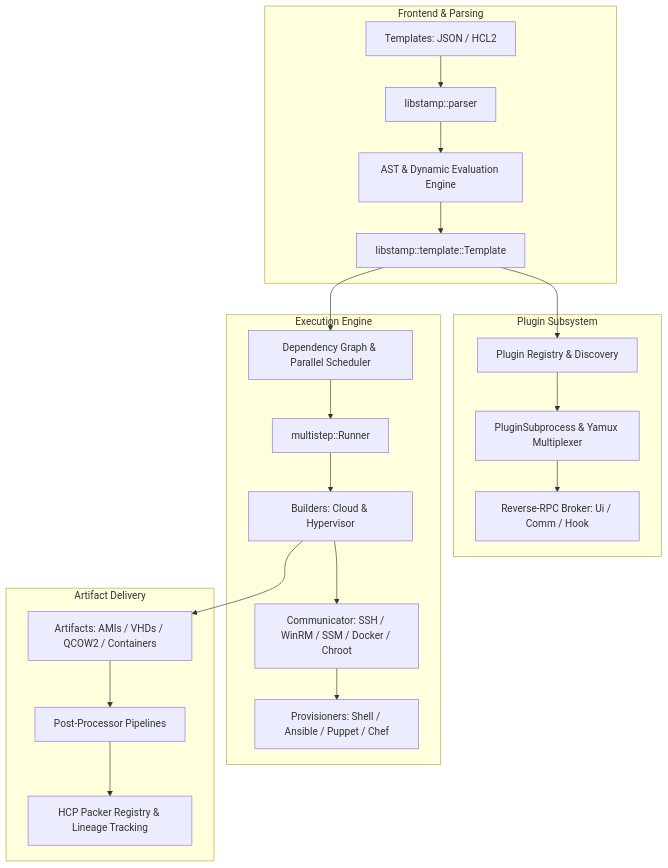
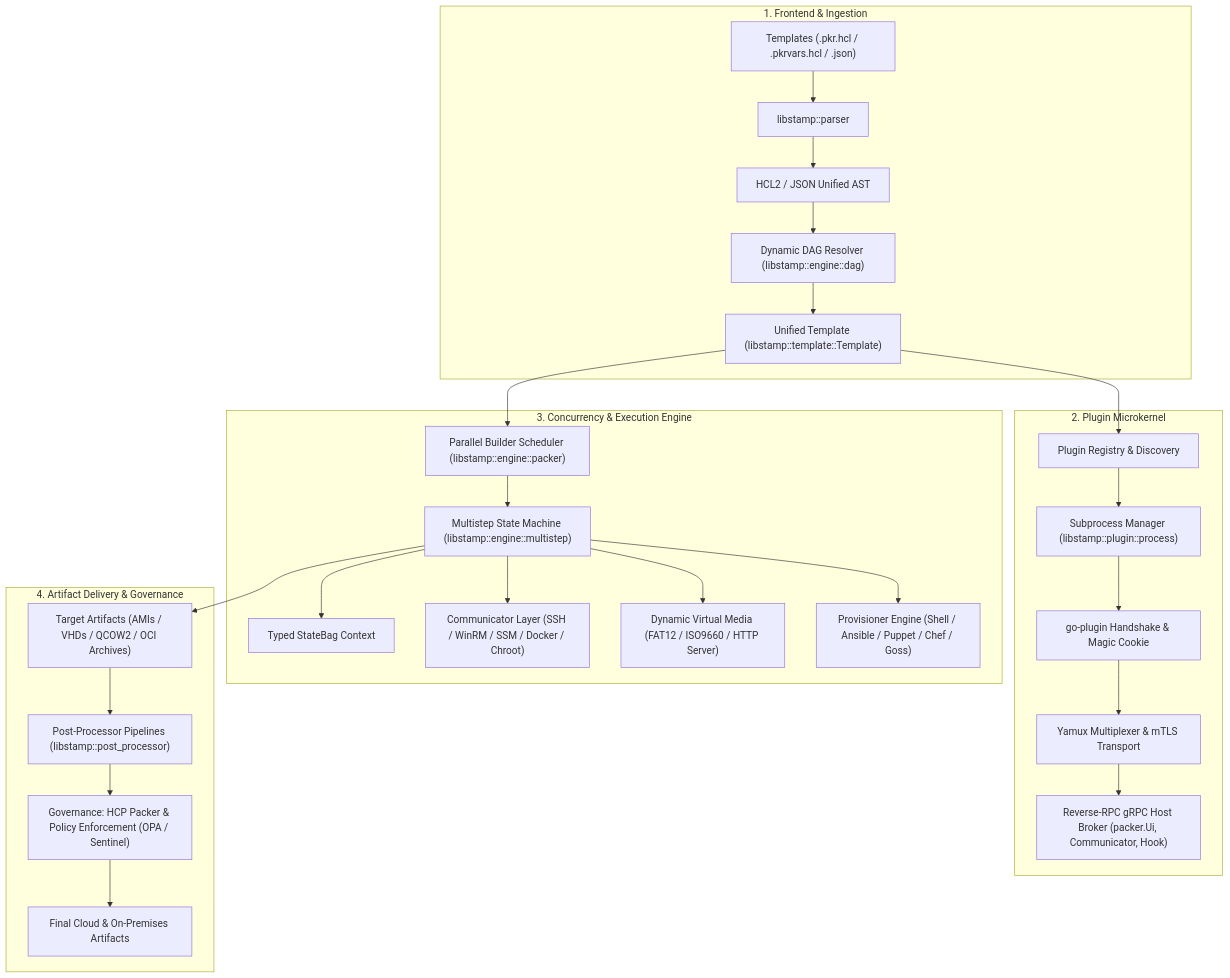
One commit to SamuelMarks/stamp changed the first of 8 diagrams in ARCHITECTURE.md. Above: the diagram before and after it, drawn with Mermaid. The commit also changed other lines of this file and 25 other files, not shown here.

````diff
--- a/ARCHITECTURE.md
+++ b/ARCHITECTURE.md
@@ -9,28 +48,33 @@
 ```mermaid
 graph TD
-    subgraph Frontend & Parsing
-        Input[Templates: JSON / HCL2] --> Parser[libstamp::parser]
-        Parser --> AST[AST & Dynamic Evaluation Engine]
-        AST --> Template[libstamp::template::Template]
+    subgraph Frontend [1. Frontend & Ingestion]
+        Config["Templates (.pkr.hcl / .pkrvars.hcl / .json)"] --> Ingest["libstamp::parser"]
+        Ingest --> AST["HCL2 / JSON Unified AST"]
+        AST --> DAG["Dynamic DAG Resolver (libstamp::engine::dag)"]
+        DAG --> Canonical["Unified Template (libstamp::template::Template)"]
     end
 
-    subgraph Plugin Subsystem
-        Template --> PluginDiscovery[Plugin Registry & Discovery]
-        PluginDiscovery --> Process[PluginSubprocess & Yamux Multiplexer]
-        Process --> Broker[Reverse-RPC Broker: Ui / Comm / Hook]
+    subgraph PluginSubsystem [2. Plugin Microkernel]
+        Canonical --> Discovery["Plugin Registry & Discovery"]
+        Discovery --> Process["Subprocess Manager (libstamp::plugin::process)"]
+        Process --> Handshake["go-plugin Handshake & Magic Cookie"]
+        Handshake --> Yamux["Yamux Multiplexer & mTLS Transport"]
+        Yamux --> Broker["Reverse-RPC gRPC Host Broker (packer.Ui, Communicator, Hook)"]
     end
 
-    subgraph Execution Engine
-        Template --> DAG[Dependency Graph & Parallel Scheduler]
-        DAG --> Multistep[multistep::Runner]
-        Multistep --> Builders[Builders: Cloud & Hypervisor]
-        Builders --> Comm[Communicator: SSH / WinRM / SSM / Docker / Chroot]
-        Comm --> Provisioners[Provisioners: Shell / Ansible / Puppet / Chef]
+    subgraph Engine [3. Concurrency & Execution Engine]
+        Canonical --> ParallelExec["Parallel Builder Scheduler (libstamp::engine::packer)"]
+        ParallelExec --> MultiStep["Multistep State Machine (libstamp::engine::multistep)"]
+        MultiStep --> State["Typed StateBag Context"]
+        MultiStep --> Comm["Communicator Layer (SSH / WinRM / SSM / Docker / Chroot)"]
+        MultiStep --> Media["Dynamic Virtual Media (FAT12 / ISO9660 / HTTP Server)"]
+        MultiStep --> Prov["Provisioner Engine (Shell / Ansible / Puppet / Chef / Goss)"]
     end
 
-    subgraph Artifact Delivery
-        Builders --> Artifact[Artifacts: AMIs / VHDs / QCOW2 / Containers]
-        Artifact --> PostProc[Post-Processor Pipelines]
-        PostProc --> HCP[HCP Packer Registry & Lineage Tracking]
+    subgraph ArtifactPipeline [4. Artifact Delivery & Governance]
+        MultiStep --> Artifacts["Target Artifacts (AMIs / VHDs / QCOW2 / OCI Archives)"]
+        Artifacts --> PostProc["Post-Processor Pipelines (libstamp::post_processor)"]
+        PostProc --> Governance["Governance: HCP Packer & Policy Enforcement (OPA / Sentinel)"]
+        Governance --> FinalDeliverables["Final Cloud & On-Premises Artifacts"]
     end
 ```
````
